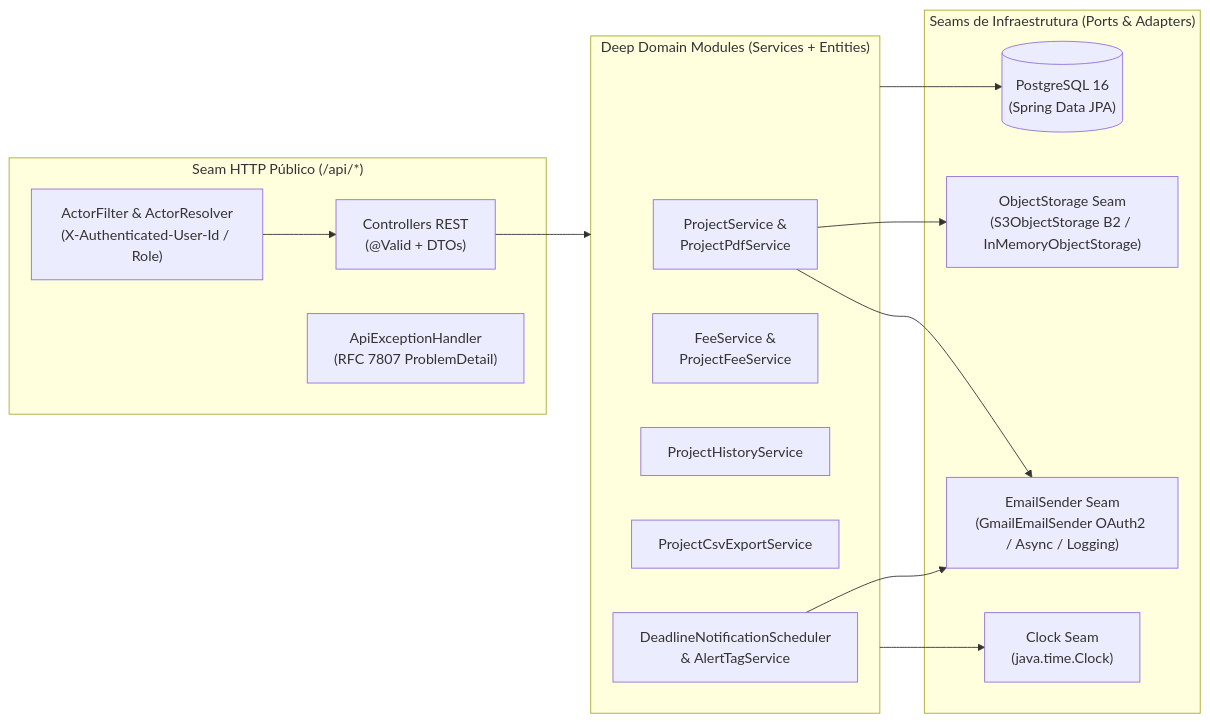
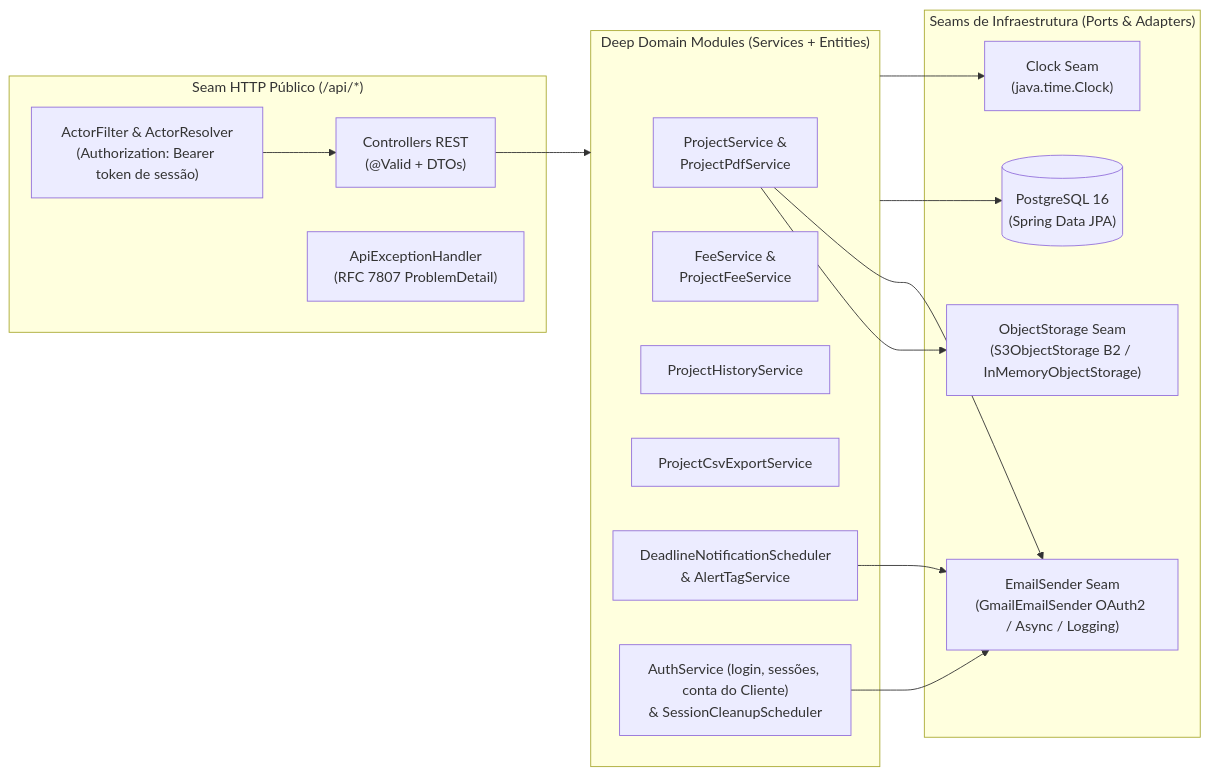
The first of 3 diagrams in docs/rfc/rfc-backend.md (JPCalsavara/si600-web-petshop), drawn with Mermaid before and after one commit. The commit also changed other lines of this file and 46 other files, not shown here.

````diff
--- a/docs/rfc/rfc-backend.md
+++ b/docs/rfc/rfc-backend.md
@@ -24,31 +24,33 @@
 ```mermaid
 flowchart LR
     subgraph Inbound ["Seam HTTP Público (/api/*)"]
-        AF["ActorFilter & ActorResolver\n(X-Authenticated-User-Id / Role)"]
+        AF["ActorFilter & ActorResolver\n(Authorization: Bearer token de sessão)"]
         CTRL["Controllers REST\n(@Valid + DTOs)"]
         ERR["ApiExceptionHandler\n(RFC 7807 ProblemDetail)"]
     end
 
     subgraph Core ["Deep Domain Modules (Services + Entities)"]
         PS["ProjectService &\nProjectPdfService"]
         FS["FeeService &\nProjectFeeService"]
         HS["ProjectHistoryService"]
         CS["ProjectCsvExportService"]
         DS["DeadlineNotificationScheduler\n& AlertTagService"]
+        AS["AuthService (login, sessões, conta do Cliente)\n& SessionCleanupScheduler"]
     end
 
     subgraph Outbound ["Seams de Infraestrutura (Ports & Adapters)"]
         DB[("PostgreSQL 16\n(Spring Data JPA)")]
         OBJ["ObjectStorage Seam\n(S3ObjectStorage B2 / InMemoryObjectStorage)"]
         MAIL["EmailSender Seam\n(GmailEmailSender OAuth2 / Async / Logging)"]
         CLK["Clock Seam\n(java.time.Clock)"]
     end
 
     AF --> CTRL
     CTRL --> Core
     Core --> DB
     PS --> OBJ
     PS --> MAIL
     DS --> MAIL
+    AS --> MAIL
     Core --> CLK
 ```
````
